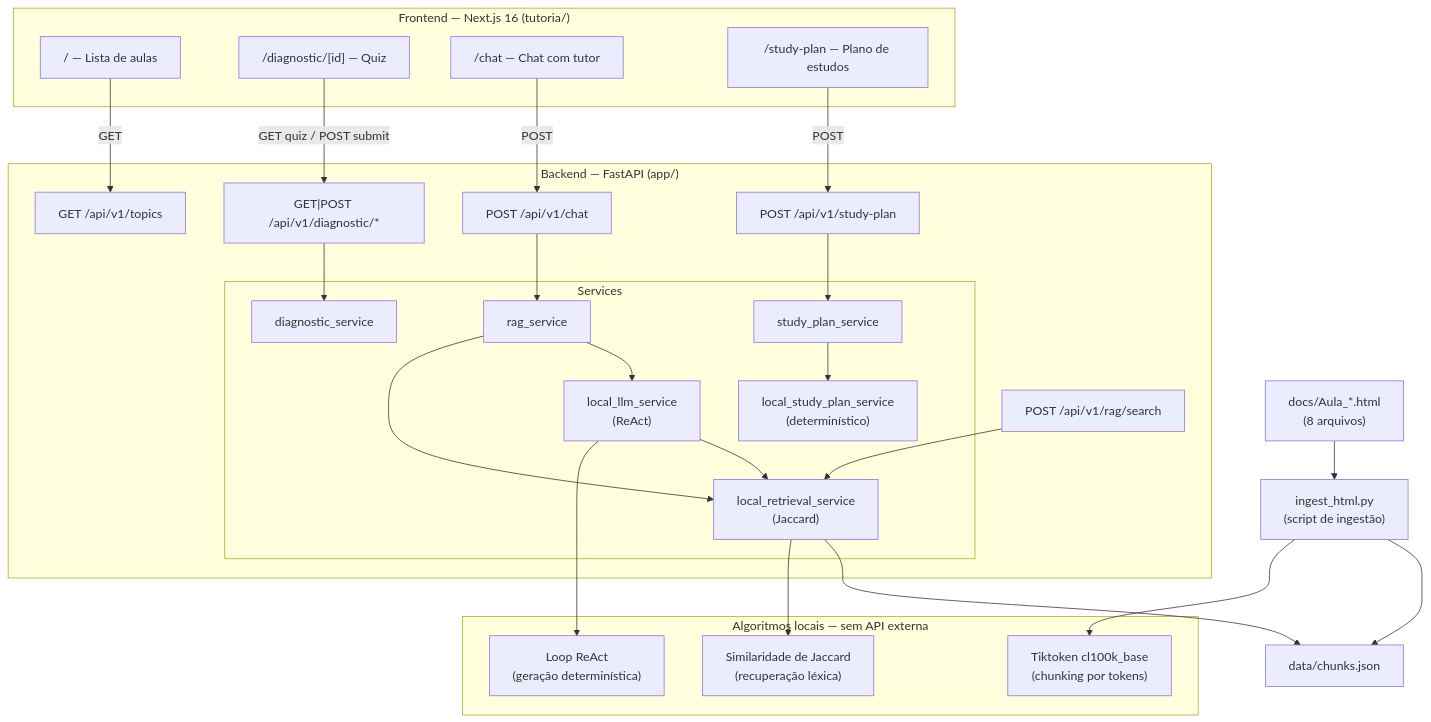
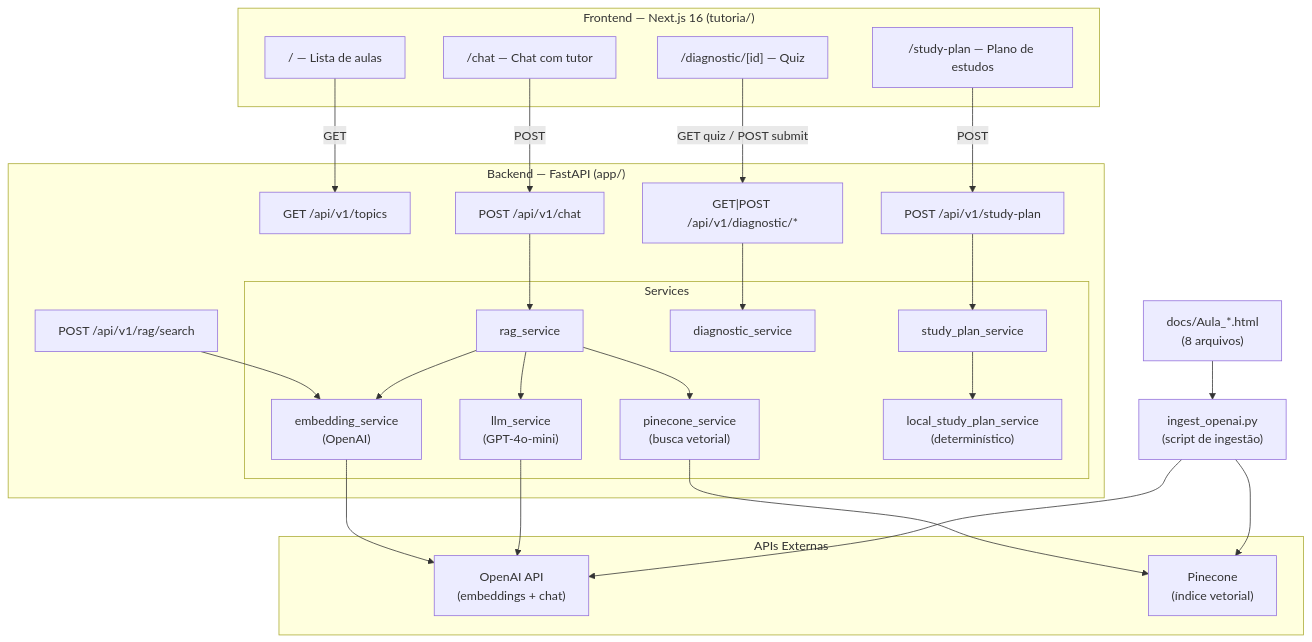
One commit to John-Rocha/projeto-ia-unifap changed the first of 3 diagrams in README.md. Above: the diagram before and after it, drawn with Mermaid. The commit also changed other lines of this file, not shown here.

Commit message:
feat: update architecture and ingestion process to integrate OpenAI and Pinecone services

````diff
--- a/README.md
+++ b/README.md
@@ -14,59 +14,58 @@
 ```mermaid
 graph TB
     subgraph Frontend["Frontend — Next.js 16 (tutoria/)"]
         Home["/ — Lista de aulas"]
         Quiz["/diagnostic/[id] — Quiz"]
         Chat["/chat — Chat com tutor"]
         Plan["/study-plan — Plano de estudos"]
     end
 
     subgraph Backend["Backend — FastAPI (app/)"]
         Topics["GET /api/v1/topics"]
         ChatAPI["POST /api/v1/chat"]
         DiagAPI["GET|POST /api/v1/diagnostic/*"]
         PlanAPI["POST /api/v1/study-plan"]
         RAGSearch["POST /api/v1/rag/search"]
 
         subgraph Services["Services"]
             RAGSvc["rag_service"]
             DiagSvc["diagnostic_service"]
             PlanSvc["study_plan_service"]
-            RetrSvc["local_retrieval_service\n(Jaccard)"]
-            LLMSvc["local_llm_service\n(ReAct)"]
+            EmbSvc["embedding_service\n(OpenAI)"]
+            PinSvc["pinecone_service\n(busca vetorial)"]
+            LLMSvc["llm_service\n(GPT-4o-mini)"]
             StudySvc["local_study_plan_service\n(determinístico)"]
         end
     end
 
-    subgraph Local["Algoritmos locais — sem API externa"]
-        Jaccard["Similaridade de Jaccard\n(recuperação léxica)"]
-        ReAct["Loop ReAct\n(geração determinística)"]
-        Tiktoken["Tiktoken cl100k_base\n(chunking por tokens)"]
+    subgraph External["APIs Externas"]
+        OpenAI["OpenAI API\n(embeddings + chat)"]
+        Pinecone["Pinecone\n(índice vetorial)"]
     end
 
-    Ingest["ingest_html.py\n(script de ingestão)"]
+    Ingest["ingest_openai.py\n(script de ingestão)"]
     HTML["docs/Aula_*.html\n(8 arquivos)"]
-    Chunks["data/chunks.json"]
 
     Home -->|GET| Topics
     Quiz -->|GET quiz / POST submit| DiagAPI
     Chat -->|POST| ChatAPI
     Plan -->|POST| PlanAPI
 
     ChatAPI --> RAGSvc
     DiagAPI --> DiagSvc
     PlanAPI --> PlanSvc
-    RAGSearch --> RetrSvc
+    RAGSearch --> EmbSvc
 
-    RAGSvc --> RetrSvc
+    RAGSvc --> EmbSvc
+    RAGSvc --> PinSvc
     RAGSvc --> LLMSvc
     PlanSvc --> StudySvc
 
-    RetrSvc --> Jaccard
-    LLMSvc --> ReAct
-    LLMSvc --> RetrSvc
+    EmbSvc --> OpenAI
+    LLMSvc --> OpenAI
+    PinSvc --> Pinecone
 
     HTML --> Ingest
-    Ingest --> Tiktoken
-    Ingest --> Chunks
-    RetrSvc --> Chunks
+    Ingest --> OpenAI
+    Ingest --> Pinecone
 ```
````
